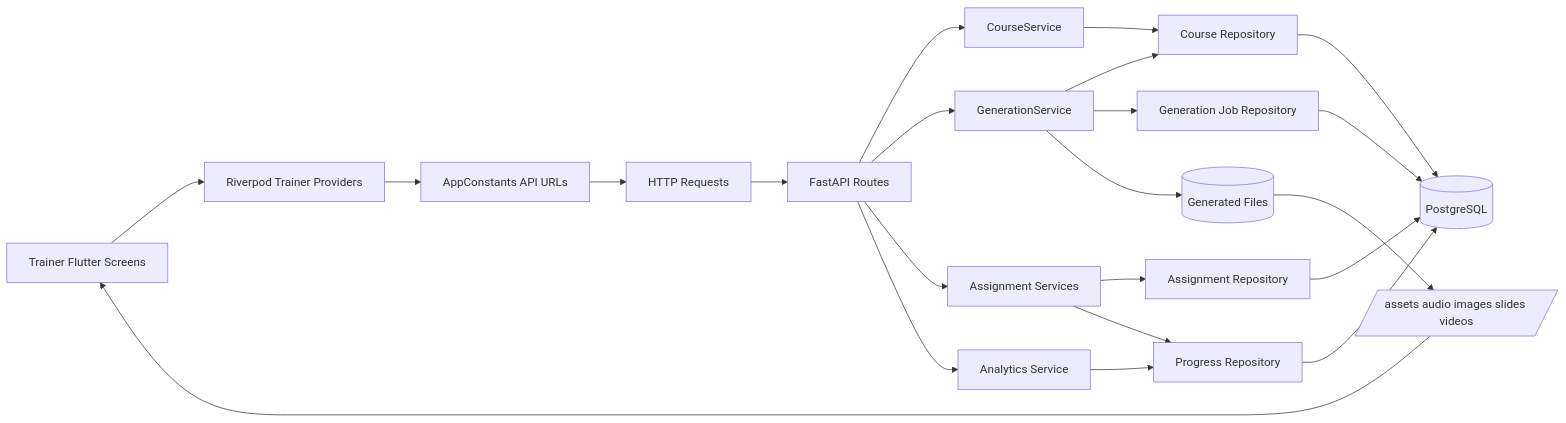
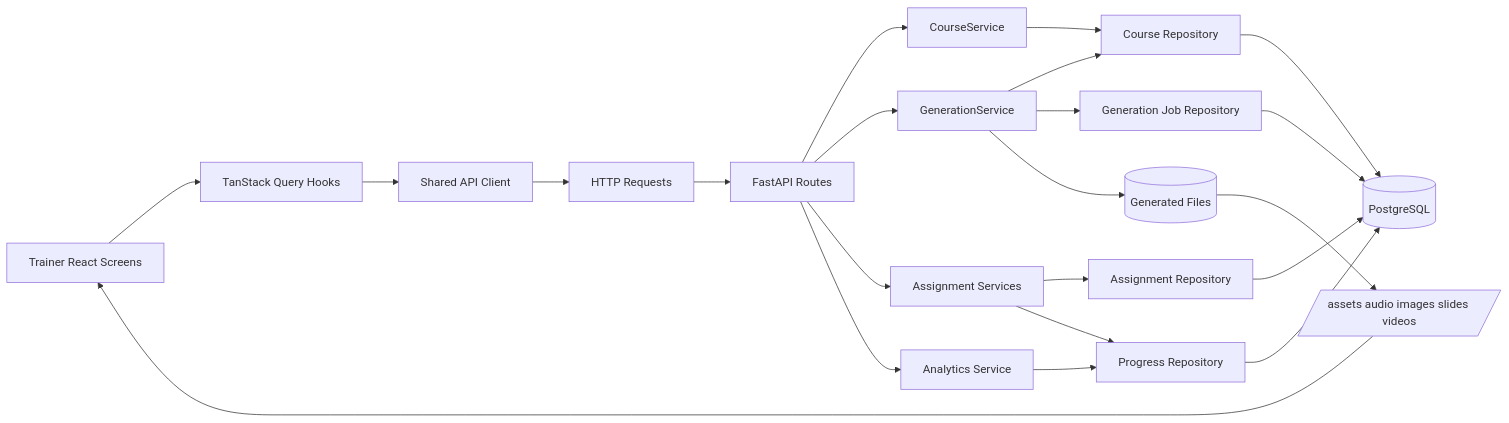
Before and after one commit to PraharshSrivastava/learning-management: the third of 8 diagrams in README.md, drawn with Mermaid. The commit also changed other lines of this file, not shown here.

Commit message:
Document the React workspace in the README

````diff
--- a/README.md
+++ b/README.md
@@ -235,28 +237,28 @@
 ```mermaid
 flowchart LR
-    UI[Trainer Flutter Screens] --> Providers[Riverpod Trainer Providers]
-    Providers --> Constants[AppConstants API URLs]
+    UI[Trainer React Screens] --> Providers[TanStack Query Hooks]
+    Providers --> Constants[Shared API Client]
     Constants --> HTTP[HTTP Requests]
     HTTP --> Routes[FastAPI Routes]
 
     Routes --> CourseService[CourseService]
     Routes --> GenerationService[GenerationService]
     Routes --> AssignmentService[Assignment Services]
     Routes --> AnalyticsService[Analytics Service]
 
     CourseService --> CourseRepo[Course Repository]
     GenerationService --> CourseRepo
     GenerationService --> JobRepo[Generation Job Repository]
     AssignmentService --> AssignmentRepo[Assignment Repository]
     AssignmentService --> ProgressRepo[Progress Repository]
     AnalyticsService --> ProgressRepo
 
     CourseRepo --> DB[(PostgreSQL)]
     AssignmentRepo --> DB
     ProgressRepo --> DB
     JobRepo --> DB
 
     GenerationService --> GeneratedFiles[(Generated Files)]
     GeneratedFiles --> Assets[/assets audio images slides videos/]
     Assets --> UI
 ```
````
